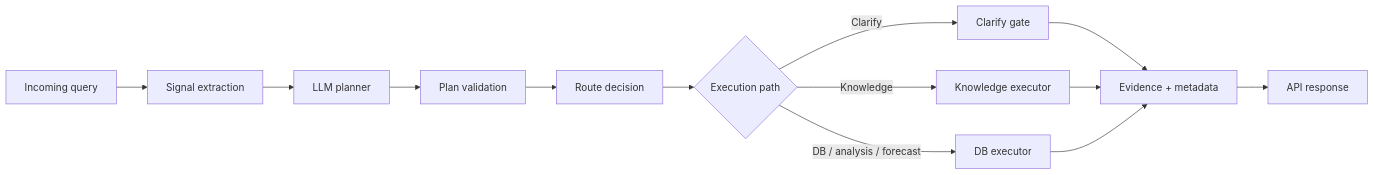
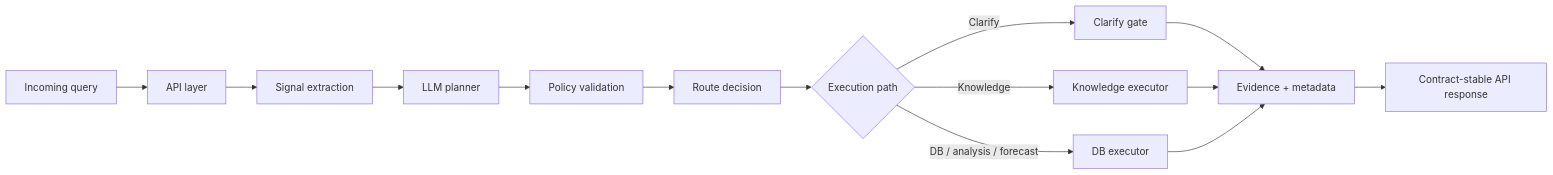
Before and after one commit to SMART-NYUAD/ieq-copilot-api: the first of 2 diagrams in docs/router_architecture.md, drawn with Mermaid. The commit also changed other lines of this file and 25 other files, not shown here.

````diff
--- a/docs/router_architecture.md
+++ b/docs/router_architecture.md
@@ -49,18 +61,19 @@
 ```mermaid
 flowchart LR
-    Q[Incoming query] --> S[Signal extraction]
+    Q[Incoming query] --> A[API layer]
+    A --> S[Signal extraction]
     S --> P[LLM planner]
-    P --> V[Plan validation]
+    P --> V[Policy validation]
     V --> D[Route decision]
 
     D --> C{Execution path}
     C -->|Clarify| G[Clarify gate]
     C -->|Knowledge| K[Knowledge executor]
     C -->|DB / analysis / forecast| B[DB executor]
 
     G --> E[Evidence + metadata]
     K --> E
     B --> E
 
-    E --> R[API response]
+    E --> R[Contract-stable API response]
 ```
````
